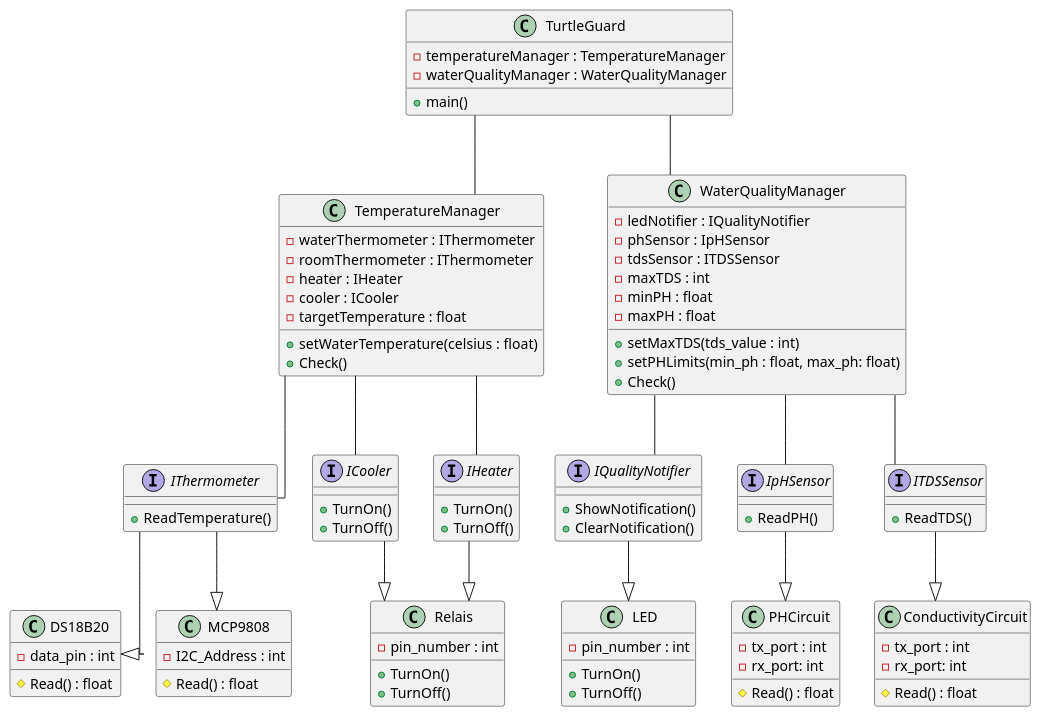
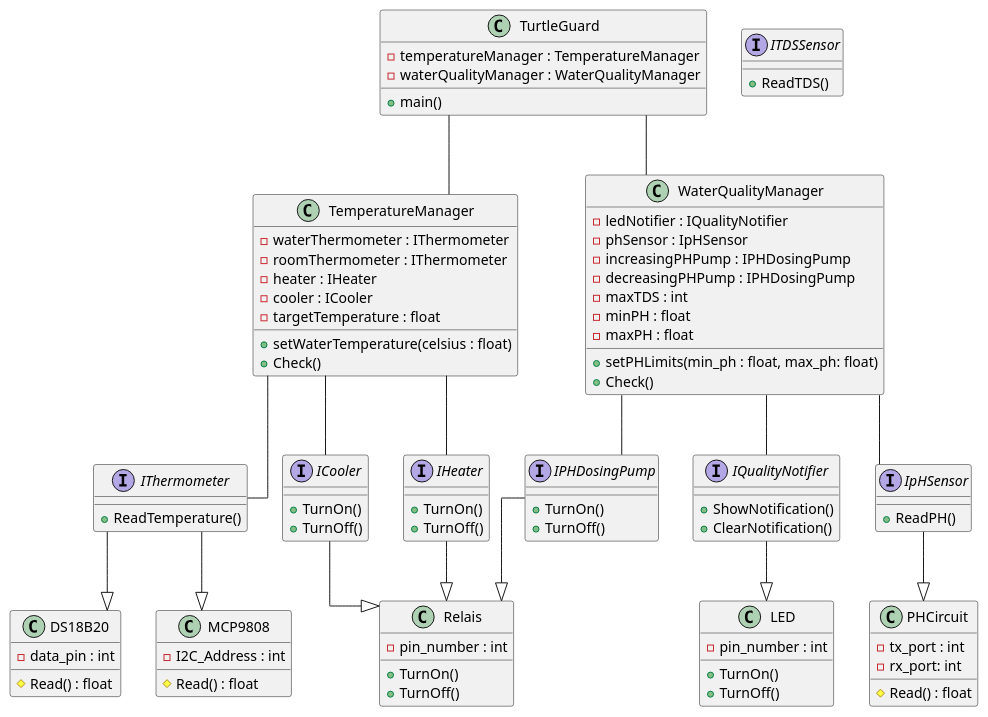
One commit to Vvamp/ATP2324 changed the diagram in Testplan/Appendices/classdiagram.puml. Above: the diagram before and after it, drawn with PlantUML. The commit also changed 2 other files, not shown here.

```diff
--- a/Testplan/Appendices/classdiagram.puml
+++ b/Testplan/Appendices/classdiagram.puml
@@ -1,116 +1,115 @@
 @startuml ClassDiagram
 skinparam linetype ortho
 ' !theme reddress-darkblue
 
 interface IThermometer{
     + ReadTemperature()
 }
 
 interface IQualityNotifier{
     + ShowNotification()
     + ClearNotification()
 }
 
 interface ICooler{
     + TurnOn()
     + TurnOff()
 }
 interface IHeater{
     + TurnOn()
     + TurnOff()
 }
 
 interface IpHSensor{
     + ReadPH()
 }
 interface ITDSSensor{
     + ReadTDS()
 }
 
+interface IPHDosingPump{
+    + TurnOn()
+    + TurnOff()
+}
+
 class TurtleGuard{
     - temperatureManager : TemperatureManager
     - waterQualityManager : WaterQualityManager
     + main()
     
 }
 
 '' Checks water temperature. Checks which needs to be emnabled(cooler or heater)
 class TemperatureManager{
     - waterThermometer : IThermometer
     - roomThermometer : IThermometer
     - heater : IHeater
     - cooler : ICooler
     - targetTemperature : float
     + setWaterTemperature(celsius : float)
     + Check()
 
 }
 
 '' Notifies whoever needs
 class WaterQualityManager{
     - ledNotifier : IQualityNotifier
     - phSensor : IpHSensor
-    - tdsSensor : ITDSSensor   
+    - increasingPHPump : IPHDosingPump
+    - decreasingPHPump : IPHDosingPump
     - maxTDS : int 
     - minPH : float 
     - maxPH : float 
-    + setMaxTDS(tds_value : int)
     + setPHLimits(min_ph : float, max_ph: float)
     + Check()
 }
 
 class DS18B20{
     - data_pin : int
     # Read() : float
 }
 
 class MCP9808{
     - I2C_Address : int
     # Read() : float
 }
 
 class PHCircuit{
-    - tx_port : int 
-    - rx_port: int
-    # Read() : float
-}
-
-class ConductivityCircuit{
     - tx_port : int 
     - rx_port: int
     # Read() : float
 }
 
 class LED{
     - pin_number : int
     + TurnOn()
     + TurnOff()
 }
 
 'Moet er nog een tussenstap tussen relais? Moet relais ook een interface zijn? Moet eigenlijk ook PWM hebben. Hoe of wat?' 
 class Relais{
     - pin_number : int
     + TurnOn()
     + TurnOff()
 }
 
 IThermometer --|> DS18B20
 IThermometer --|> MCP9808
 IpHSensor --|> PHCircuit
-ITDSSensor --|> ConductivityCircuit
 IQualityNotifier --|> LED
 IHeater --|> Relais
 ICooler --|> Relais
+IPHDosingPump --|> Relais
 
 WaterQualityManager -- IpHSensor
-WaterQualityManager -- ITDSSensor
 WaterQualityManager -- IQualityNotifier
+WaterQualityManager -- IPHDosingPump
 TemperatureManager -- IThermometer
 TemperatureManager -- IHeater
 TemperatureManager -- ICooler
 
 ' Moet 'dependency' zijn(contains and can't live without)
 TurtleGuard -- WaterQualityManager
 TurtleGuard -- TemperatureManager
 
 @enduml
```
